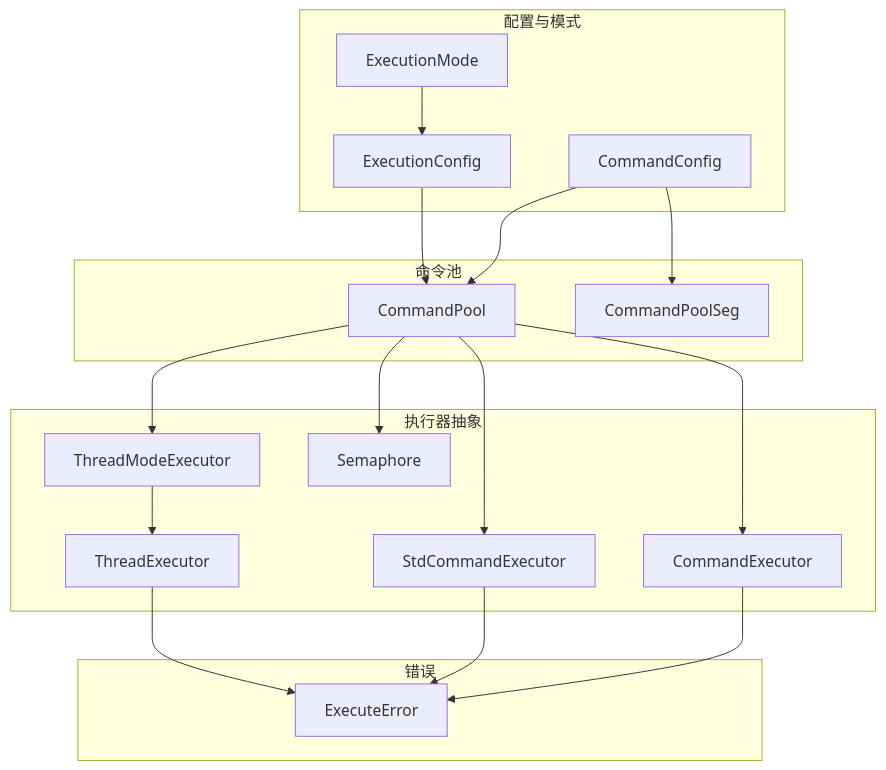
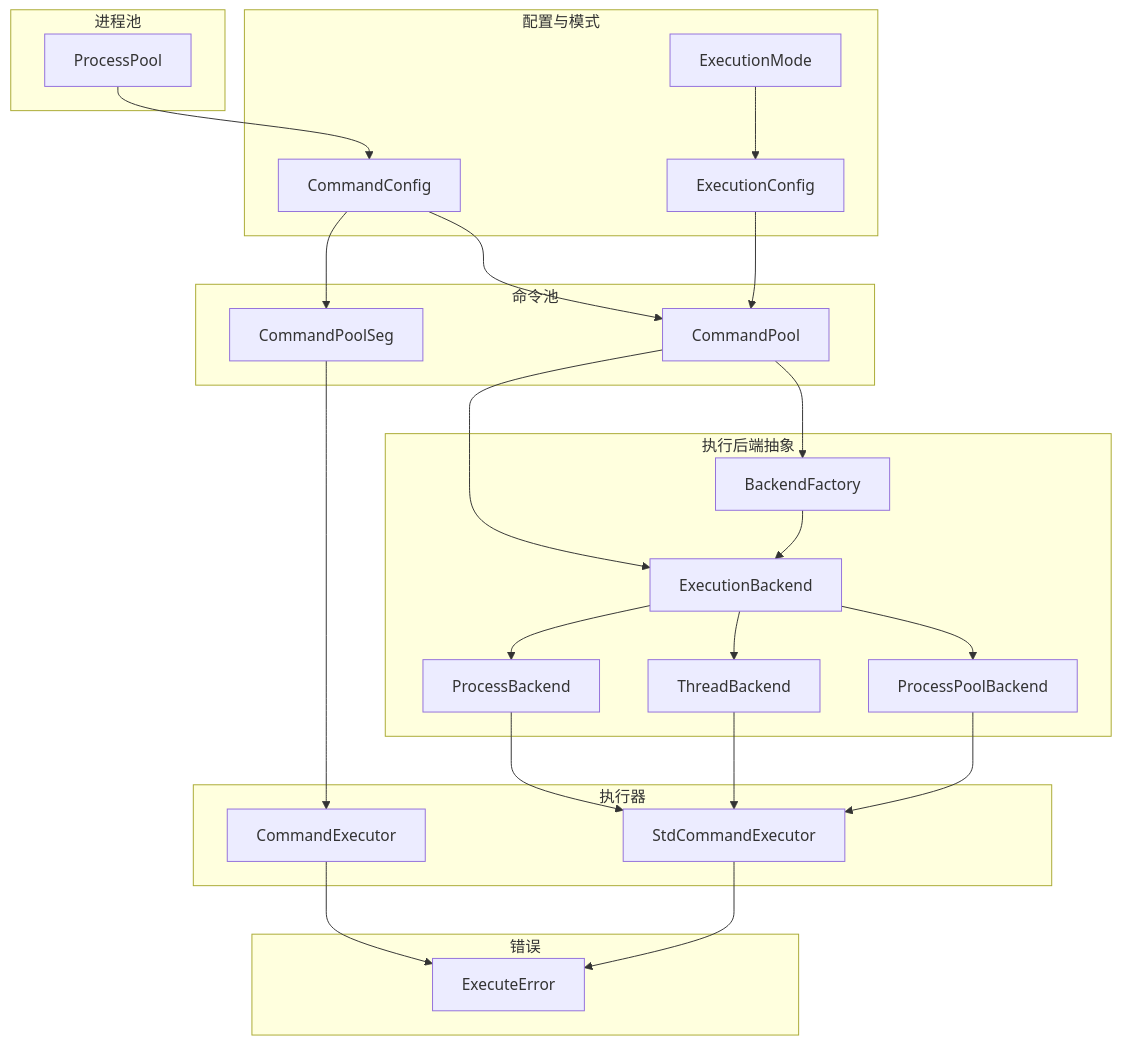
The second of 10 diagrams in .qoder/repowiki/zh/content/核心 API 参考/核心 API 参考.md (xcry2006/execute), drawn with Mermaid before and after one commit. The commit also changed other lines of this file and 9 other files, not shown here.

````diff
--- a/.qoder/repowiki/zh/content/核心 API 参考/核心 API 参考.md
+++ b/.qoder/repowiki/zh/content/核心 API 参考/核心 API 参考.md
@@ -140,34 +157,46 @@
 ```mermaid
 graph TB
 subgraph "配置与模式"
 CFG["CommandConfig"]
 EM["ExecutionMode"]
 EC["ExecutionConfig"]
 end
-subgraph "执行器抽象"
+subgraph "执行后端抽象"
+EB["ExecutionBackend"]
+PB["ProcessBackend"]
+TB["ThreadBackend"]
+PPB["ProcessPoolBackend"]
+BF["BackendFactory"]
+end
+subgraph "执行器"
 CE["CommandExecutor"]
 SCE["StdCommandExecutor"]
-TME["ThreadModeExecutor"]
-TE["ThreadExecutor"]
-SEM["Semaphore"]
 end
 subgraph "命令池"
 CP["CommandPool"]
 CPS["CommandPoolSeg"]
+end
+subgraph "进程池"
+PP["ProcessPool"]
 end
 subgraph "错误"
 ERR["ExecuteError"]
 end
 CFG --> CP
 CFG --> CPS
 EC --> CP
 EM --> EC
-CP --> CE
-CP --> SCE
-CP --> TME
-TME --> TE
-CP --> SEM
+CP --> EB
+CPS --> CE
+EB --> PB
+EB --> TB
+EB --> PPB
+BF --> EB
+CP --> BF
+PB --> SCE
+TB --> SCE
+PPB --> SCE
+PP --> CFG
 CE --> ERR
 SCE --> ERR
-TE --> ERR
 ```
````
